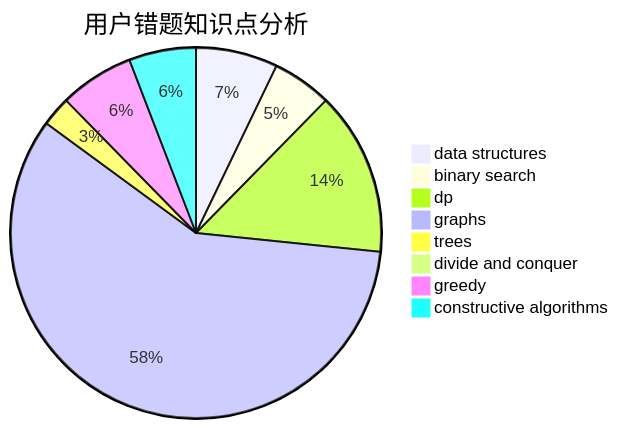
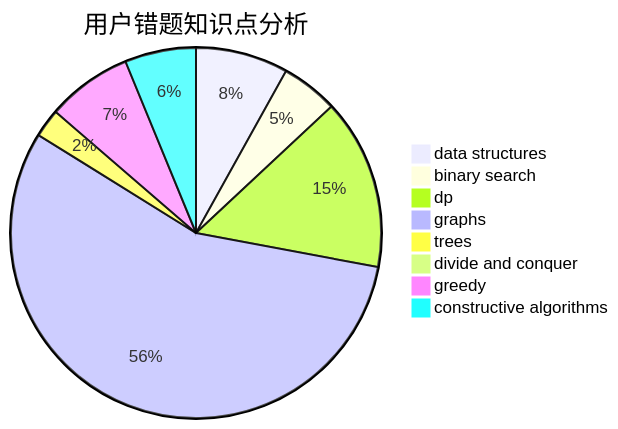
The third of 3 diagrams in docs/user/u1879.md (sherpahu/cfrs.github.io), drawn with Mermaid before and after one commit. The commit also changed other lines of this file and 2770 other files, not shown here.

````diff
--- a/docs/user/u1879.md
+++ b/docs/user/u1879.md
@@ -36,11 +36,11 @@
 ```mermaid
 pie title 用户错题知识点分析
-    "data structures" :  11
+    "data structures" :  13
     "binary search" :  8
-    "dp" :  22
+    "dp" :  24
     "graphs" :  90
     "trees" :  4
     "divide and conquer" :  0
-    "greedy" :  10
-    "constructive algorithms" :  9
+    "greedy" :  12
+    "constructive algorithms" :  10
 ```
````
